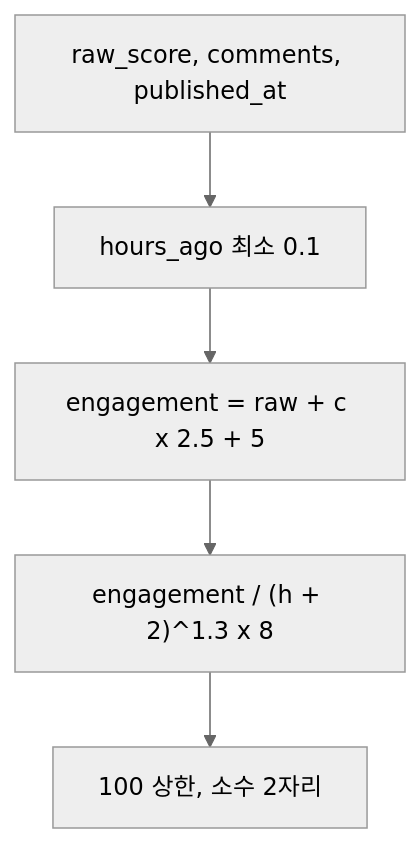
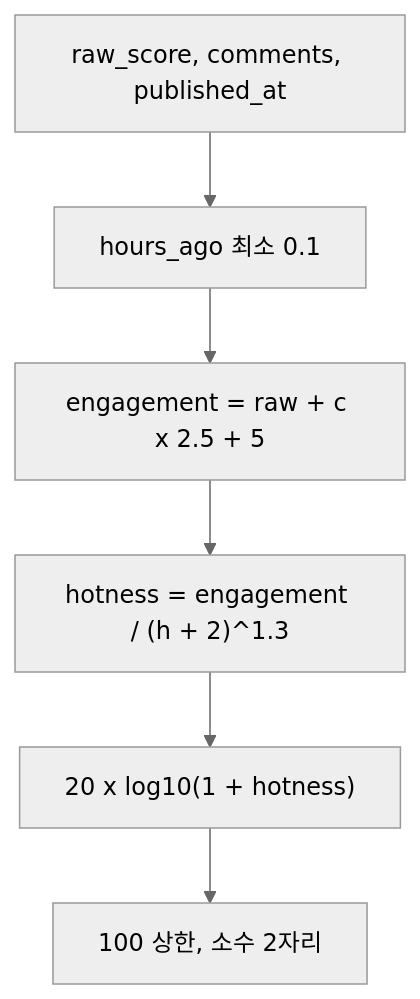
One commit to ozplayground/agent-lens changed diagram 14 of 26 in docs/spec-writer/fsd/03_COLLECTION_SPECIFICATION.md. Above: the diagram before and after it, drawn with Mermaid (neutral theme). The commit also changed other lines of this file and 216 other files, not shown here.

````diff
--- a/docs/spec-writer/fsd/03_COLLECTION_SPECIFICATION.md
+++ b/docs/spec-writer/fsd/03_COLLECTION_SPECIFICATION.md
@@ -899,7 +926,8 @@
 ```mermaid
 flowchart TD
     A["raw_score, comments, published_at"] --> B["hours_ago 최소 0.1"]
     B --> C["engagement = raw + c x 2.5 + 5"]
-    C --> D["engagement / (h + 2)^1.3 x 8"]
-    D --> E["100 상한, 소수 2자리"]
+    C --> D["hotness = engagement / (h + 2)^1.3"]
+    D --> E["20 x log10(1 + hotness)"]
+    E --> F["100 상한, 소수 2자리"]
 ```
````
